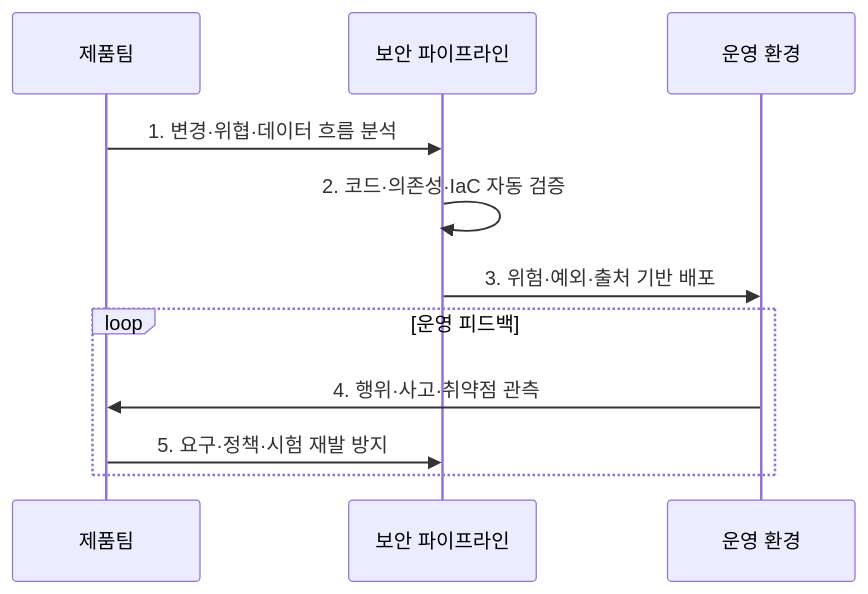
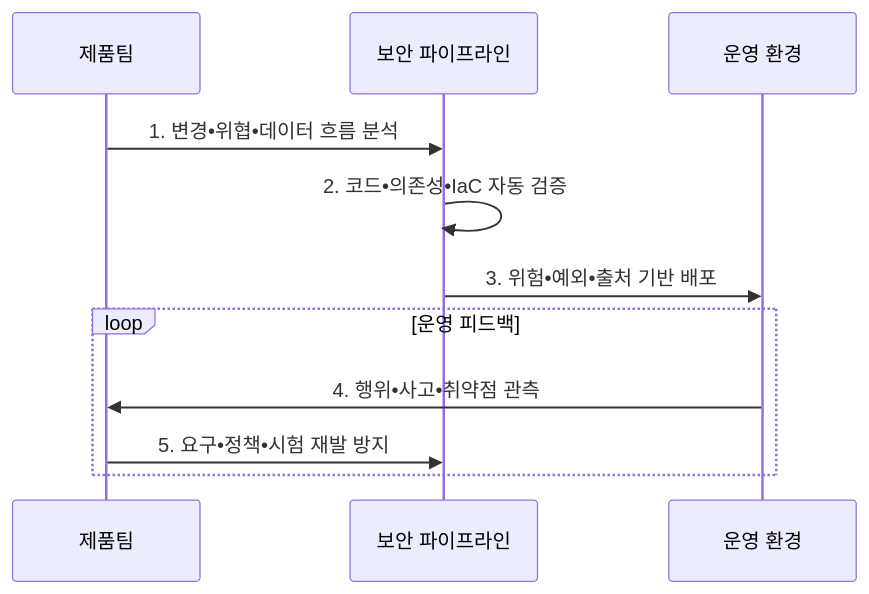
Before and after one commit to agnusdei1207/knowledge-base: the second of 2 diagrams in src/content/docs/notes/05-security/144_devsecops_shift_left.md, drawn with Mermaid. The commit also changed other lines of this file and 953 other files, not shown here.

````diff
--- a/src/content/docs/notes/05-security/144_devsecops_shift_left.md
+++ b/src/content/docs/notes/05-security/144_devsecops_shift_left.md
@@ -101,13 +101,13 @@
 ```mermaid
 sequenceDiagram
   participant T as 제품팀
   participant P as 보안 파이프라인
   participant O as 운영 환경
-  T->>P: 1. 변경·위협·데이터 흐름 분석
-  P->>P: 2. 코드·의존성·IaC 자동 검증
-  P->>O: 3. 위험·예외·출처 기반 배포
+  T->>P: 1. 변경•위협•데이터 흐름 분석
+  P->>P: 2. 코드•의존성•IaC 자동 검증
+  P->>O: 3. 위험•예외•출처 기반 배포
   loop 운영 피드백
-    O->>T: 4. 행위·사고·취약점 관측
-    T->>P: 5. 요구·정책·시험 재발 방지
+    O->>T: 4. 행위•사고•취약점 관측
+    T->>P: 5. 요구•정책•시험 재발 방지
   end
 ```
````
